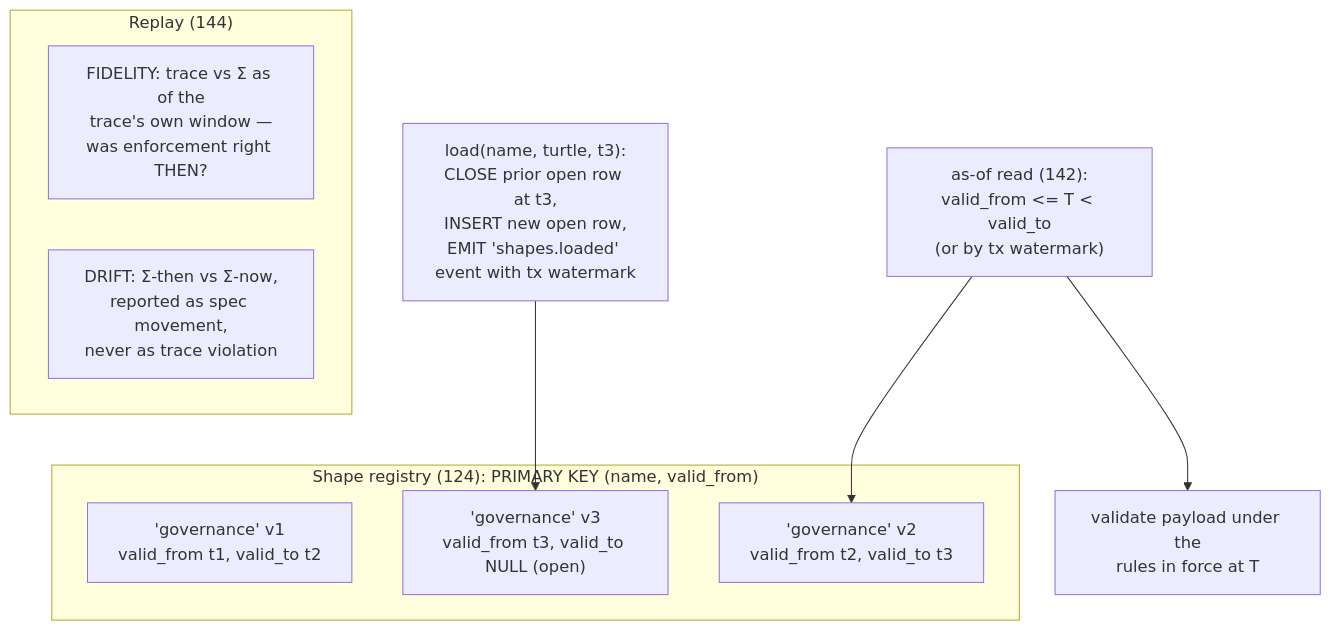
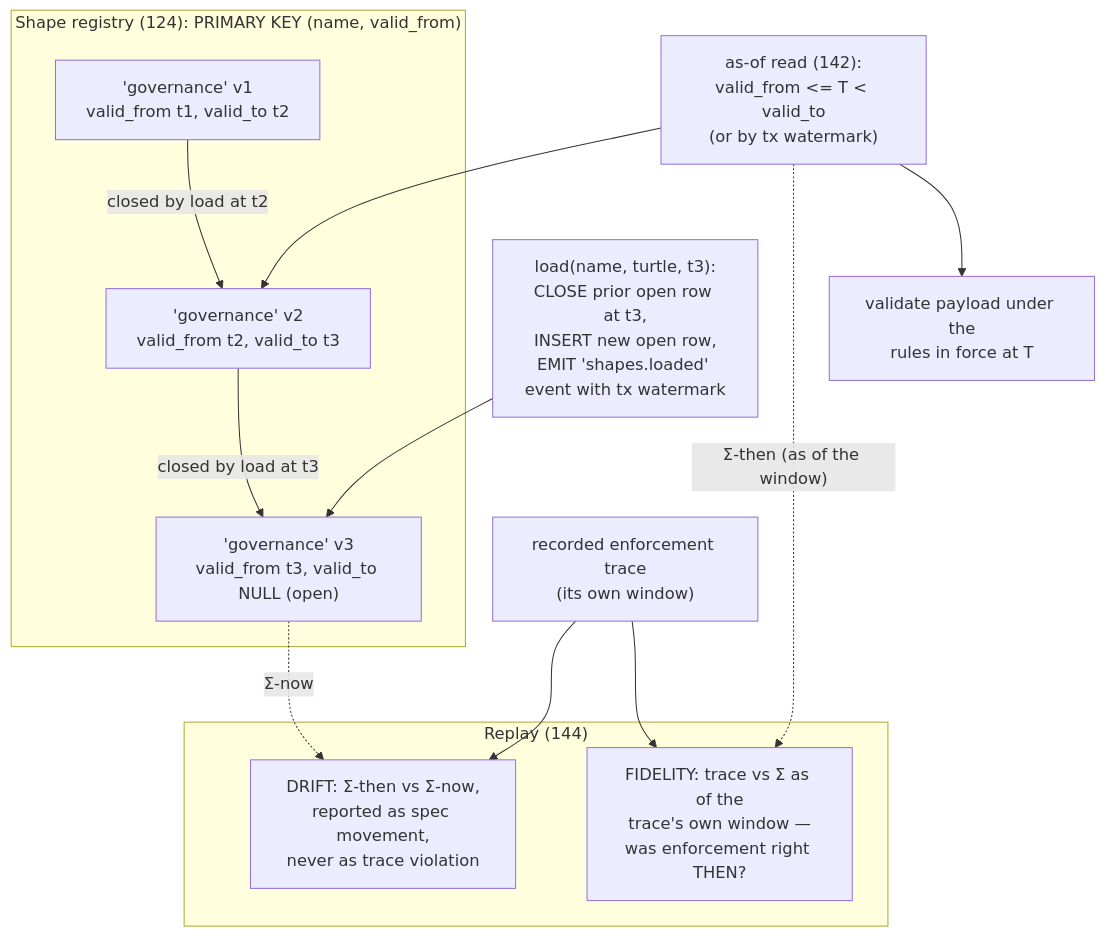
Before and after one commit to scbrown/quipu: the sixth of 8 diagrams in docs/patents/provisional-governance-cluster.md, drawn with Mermaid. The commit also changed other lines of this file and 1 other file, not shown here.

````diff
--- a/docs/patents/provisional-governance-cluster.md
+++ b/docs/patents/provisional-governance-cluster.md
@@ -821,16 +921,22 @@
 ```mermaid
 flowchart TB
     subgraph reg["Shape registry (124): PRIMARY KEY (name, valid_from)"]
         V1["'governance' v1<br/>valid_from t1, valid_to t2"]
         V2["'governance' v2<br/>valid_from t2, valid_to t3"]
         V3["'governance' v3<br/>valid_from t3, valid_to NULL (open)"]
+        V1 -- "closed by load at t2" --> V2
+        V2 -- "closed by load at t3" --> V3
     end
     LOAD["load(name, turtle, t3):<br/>CLOSE prior open row at t3,<br/>INSERT new open row,<br/>EMIT 'shapes.loaded' event with tx watermark"]
     LOAD --> V3
-    ASOF["as-of read (142):<br/>valid_from <= T < valid_to<br/>(or by tx watermark)"] --> V2
+    ASOF["as-of read (142):<br/>valid_from &lt;= T &lt; valid_to<br/>(or by tx watermark)"] --> V2
     ASOF --> VAL["validate payload under the<br/>rules in force at T"]
     subgraph replay["Replay (144)"]
         FID["FIDELITY: trace vs Σ as of the<br/>trace's own window —<br/>was enforcement right THEN?"]
         DRIFT["DRIFT: Σ-then vs Σ-now,<br/>reported as spec movement,<br/>never as trace violation"]
     end
+    TRACE["recorded enforcement trace<br/>(its own window)"] --> FID
+    TRACE --> DRIFT
+    ASOF -. "Σ-then (as of the window)" .-> FID
+    V3 -. "Σ-now" .-> DRIFT
 ```
````
